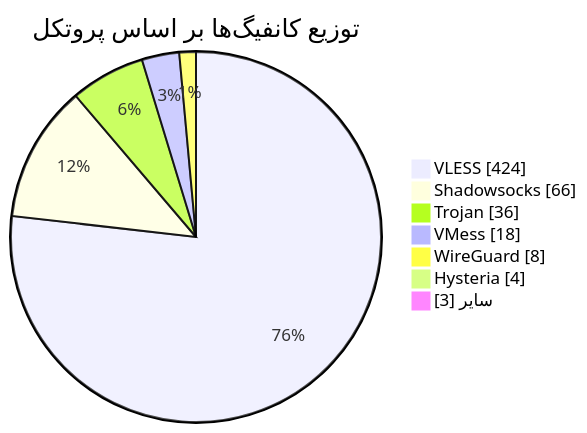
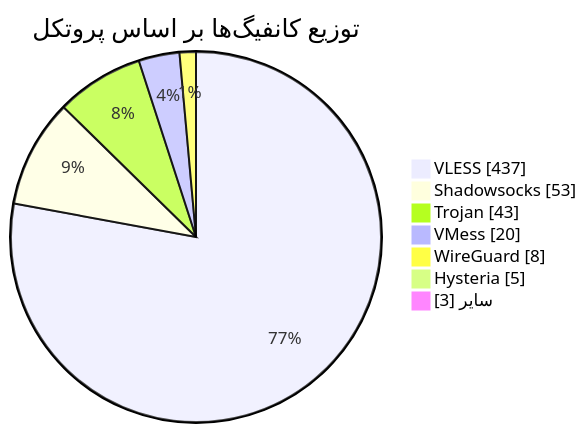
One commit to Arian-Alijani/Somthing changed the diagram in README.md. Above: the diagram before and after it, drawn with Mermaid. The commit also changed other lines of this file and 79 other files, not shown here.

````diff
--- a/README.md
+++ b/README.md
@@ -49,11 +49,11 @@
 ```mermaid
 pie showData
     title توزیع کانفیگ‌ها بر اساس پروتکل
-    "VLESS" : 424
-    "Shadowsocks" : 66
-    "Trojan" : 36
-    "VMess" : 18
+    "VLESS" : 437
+    "Shadowsocks" : 53
+    "Trojan" : 43
+    "VMess" : 20
     "WireGuard" : 8
-    "Hysteria" : 4
+    "Hysteria" : 5
     "سایر" : 3
 ```
````
